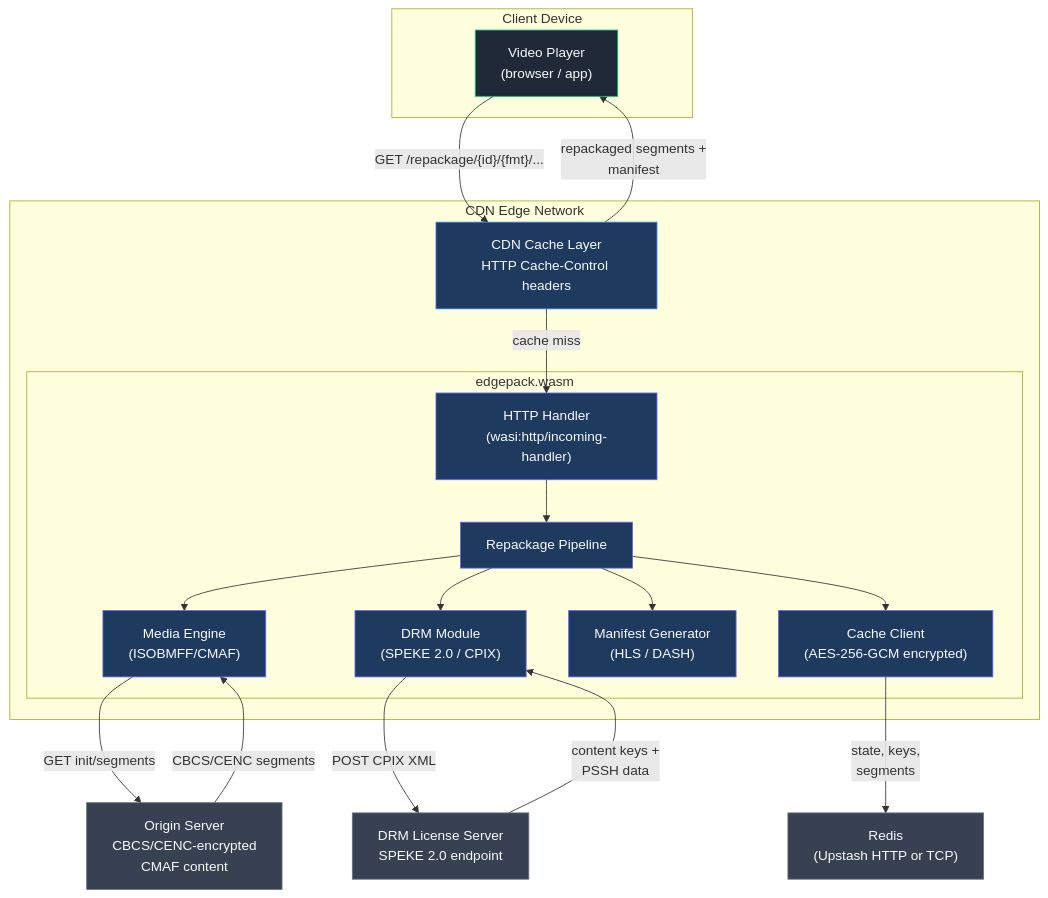
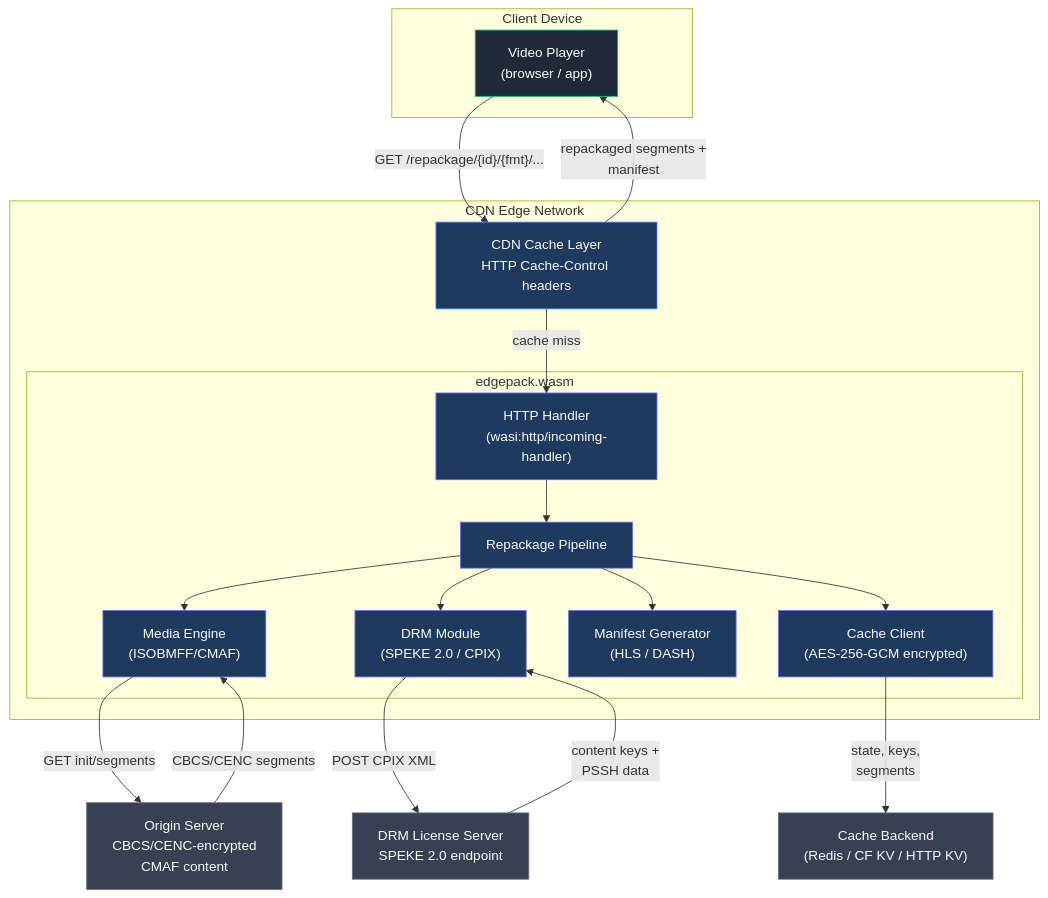
Before and after one commit to adrums86/edgepack: the first of 10 diagrams in docs/architecture.md, drawn with Mermaid. The commit also changed other lines of this file and 28 other files, not shown here.

````diff
--- a/docs/architecture.md
+++ b/docs/architecture.md
@@ -11,46 +11,46 @@
 ```mermaid
 graph TB
     subgraph Client["Client Device"]
         Player["Video Player<br/>(browser / app)"]
     end
 
     subgraph CDN["CDN Edge Network"]
         Cache["CDN Cache Layer<br/>HTTP Cache-Control headers"]
         subgraph WASM["edgepack.wasm"]
             Handler["HTTP Handler<br/>(wasi:http/incoming-handler)"]
             Pipeline["Repackage Pipeline"]
             MediaEngine["Media Engine<br/>(ISOBMFF/CMAF)"]
             DRM["DRM Module<br/>(SPEKE 2.0 / CPIX)"]
             ManifestGen["Manifest Generator<br/>(HLS / DASH)"]
             CacheMod["Cache Client<br/>(AES-256-GCM encrypted)"]
         end
     end
 
     Origin["Origin Server<br/>CBCS/CENC-encrypted<br/>CMAF content"]
     LicenseServer["DRM License Server<br/>SPEKE 2.0 endpoint"]
-    Redis["Redis<br/>(Upstash HTTP or TCP)"]
+    Redis["Cache Backend<br/>(Redis / CF KV / HTTP KV)"]
 
     Player -- "GET /repackage/{id}/{fmt}/..." --> Cache
     Cache -- "cache miss" --> Handler
     Handler --> Pipeline
     Pipeline --> MediaEngine
     Pipeline --> DRM
     Pipeline --> ManifestGen
     Pipeline --> CacheMod
     CacheMod -- "state, keys,<br/>segments" --> Redis
     DRM -- "POST CPIX XML" --> LicenseServer
     LicenseServer -- "content keys +<br/>PSSH data" --> DRM
     MediaEngine -- "GET init/segments" --> Origin
     Origin -- "CBCS/CENC segments" --> MediaEngine
     Cache -- "repackaged segments +<br/>manifest" --> Player
 
     classDef external fill:#374151,stroke:#6B7280,color:#F9FAFB
     classDef cdn fill:#1E3A5F,stroke:#3B82F6,color:#F9FAFB
     classDef wasm fill:#1E3A5F,stroke:#6366F1,color:#F9FAFB
     classDef client fill:#1F2937,stroke:#10B981,color:#F9FAFB
 
     class Player client
     class Cache cdn
     class Handler,Pipeline,MediaEngine,DRM,ManifestGen,CacheMod wasm
     class Origin,LicenseServer,Redis external
 ```
````
